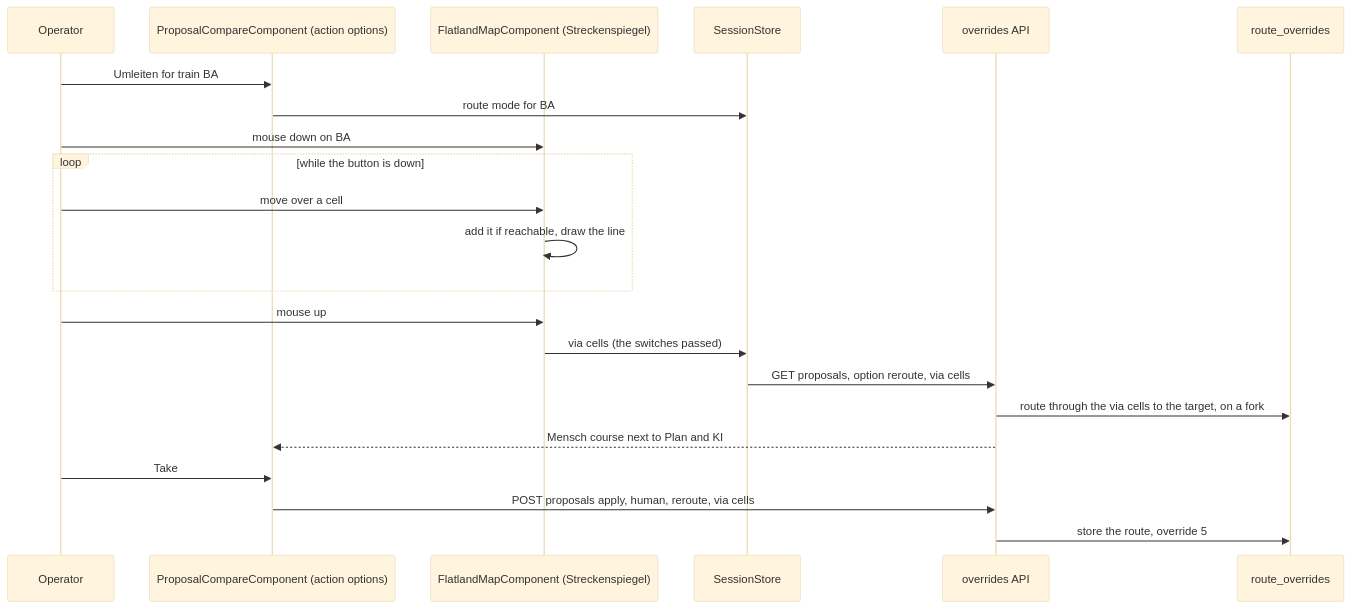
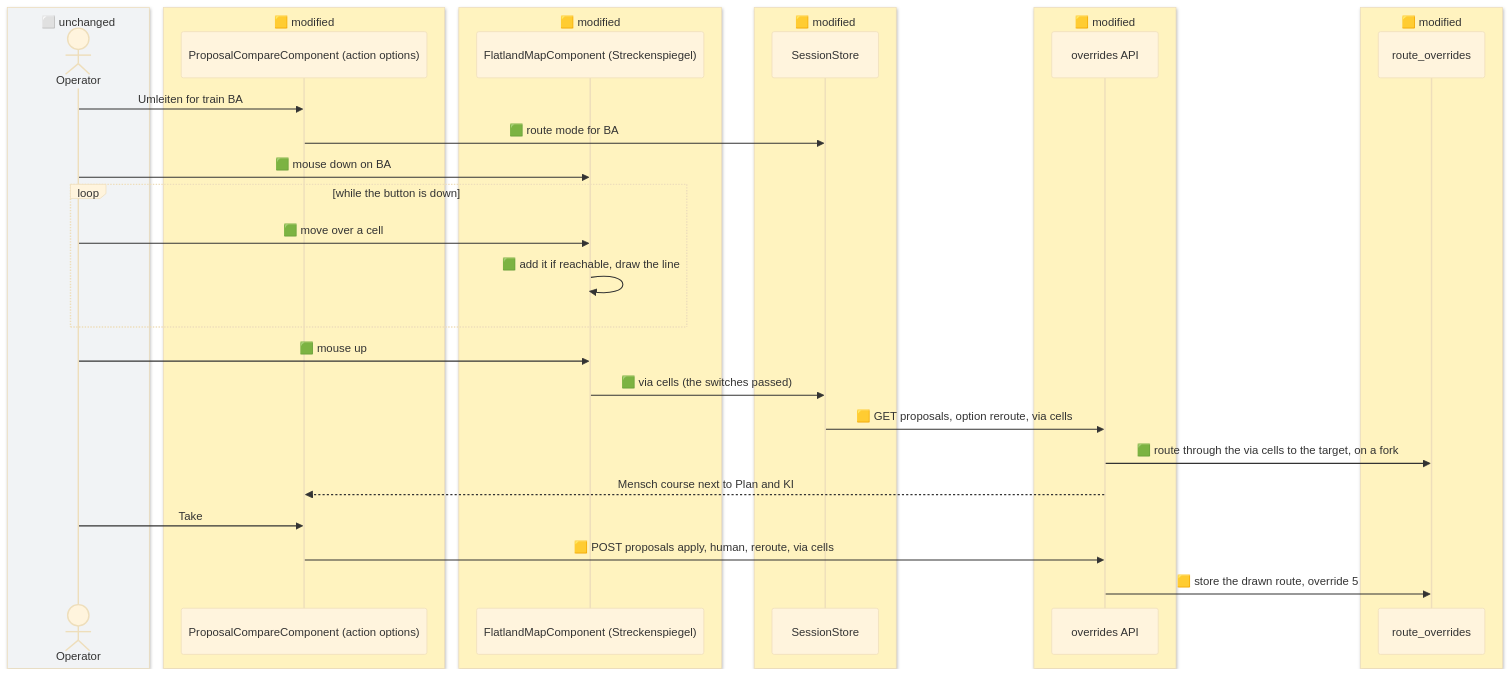
Before and after one commit to flatland-association/flatland-ui-hub: the ninth of 18 diagrams in docs/plans/set-route-on-map.md, drawn with Mermaid (base theme). The commit also changed other lines of this file, not shown here.

Commit message:
docs(plans): decide Q-11 to Q-13, describe the driver interfaces, #208's kept overrides and ROAM, and plan S-6.

````diff
--- a/docs/plans/set-route-on-map.md
+++ b/docs/plans/set-route-on-map.md
@@ -438,24 +1092,36 @@
 ```mermaid
 sequenceDiagram
-    participant U as Operator
-    participant PC as ProposalCompareComponent (action options)
-    participant MAP as FlatlandMapComponent (Streckenspiegel)
-    participant ST as SessionStore
-    participant API as overrides API
-    participant RO as route_overrides
+    box rgb(241,243,245) ⬜ unchanged
+        actor U as Operator
+    end
+    box rgb(255,243,191) 🟨 modified
+        participant PC as ProposalCompareComponent (action options)
+    end
+    box rgb(255,243,191) 🟨 modified
+        participant MAP as FlatlandMapComponent (Streckenspiegel)
+    end
+    box rgb(255,243,191) 🟨 modified
+        participant ST as SessionStore
+    end
+    box rgb(255,243,191) 🟨 modified
+        participant API as overrides API
+    end
+    box rgb(255,243,191) 🟨 modified
+        participant RO as route_overrides
+    end
     U->>PC: Umleiten for train BA
-    PC->>ST: route mode for BA
-    U->>MAP: mouse down on BA
+    PC->>ST: 🟩 route mode for BA
+    U->>MAP: 🟩 mouse down on BA
     loop while the button is down
-        U->>MAP: move over a cell
-        MAP->>MAP: add it if reachable, draw the line
+        U->>MAP: 🟩 move over a cell
+        MAP->>MAP: 🟩 add it if reachable, draw the line
     end
-    U->>MAP: mouse up
-    MAP->>ST: via cells (the switches passed)
-    ST->>API: GET proposals, option reroute, via cells
-    API->>RO: route through the via cells to the target, on a fork
+    U->>MAP: 🟩 mouse up
+    MAP->>ST: 🟩 via cells (the switches passed)
+    ST->>API: 🟨 GET proposals, option reroute, via cells
+    API->>RO: 🟩 route through the via cells to the target, on a fork
     API-->>PC: Mensch course next to Plan and KI
     U->>PC: Take
-    PC->>API: POST proposals apply, human, reroute, via cells
-    API->>RO: store the route, override 5
+    PC->>API: 🟨 POST proposals apply, human, reroute, via cells
+    API->>RO: 🟨 store the drawn route, override 5
 ```
````
